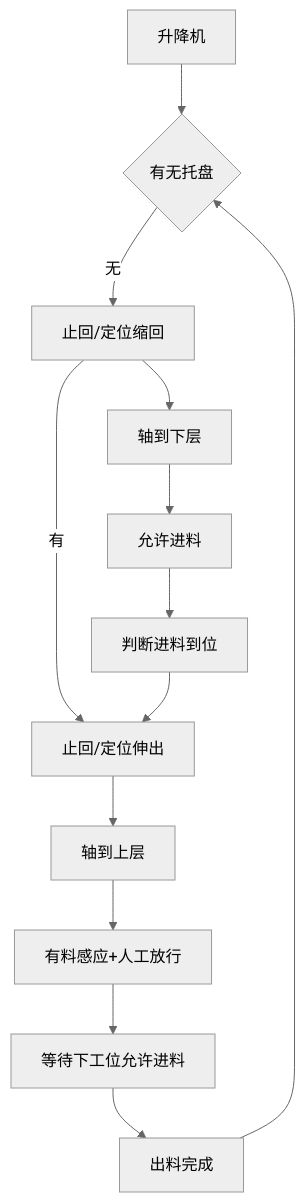
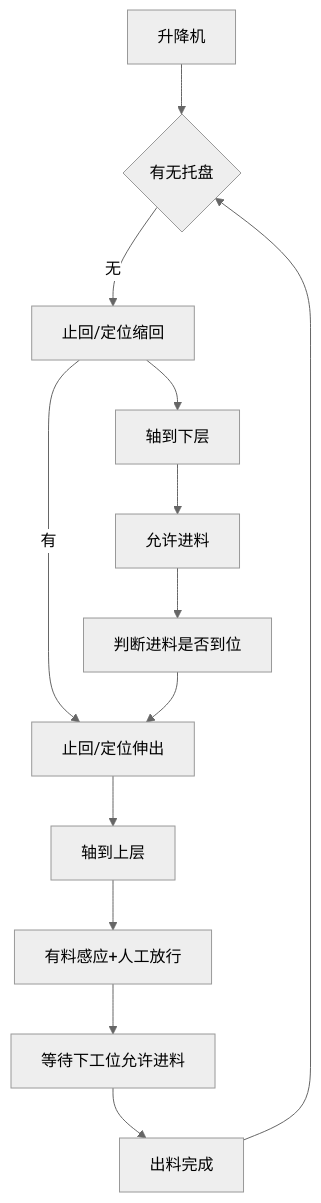
One commit to PengKun1/iodraw-files changed the diagram in all/升降台.md. Above: the diagram before and after it, drawn with Mermaid (neutral theme).

Commit message:
2024-12-23 11:30:14 update

````diff
--- a/all/升降台.md
+++ b/all/升降台.md
@@ -1,15 +1,15 @@
 ```mermaid
 graph TD
 0[升降机]-->10
 10{有无托盘}-->|无|20
 20-->|有|60
 20[止回/定位缩回]-->30
 30[轴到下层]-->40
 40[允许进料]-->50
-50[判断进料到位]-->60
+50[判断进料是否到位]-->60
 60[止回/定位伸出]-->70
 70[轴到上层]-->80
 80[有料感应+人工放行]-->90
 90[等待下工位允许进料]-->100
 100[出料完成]-->10
 ```
````
